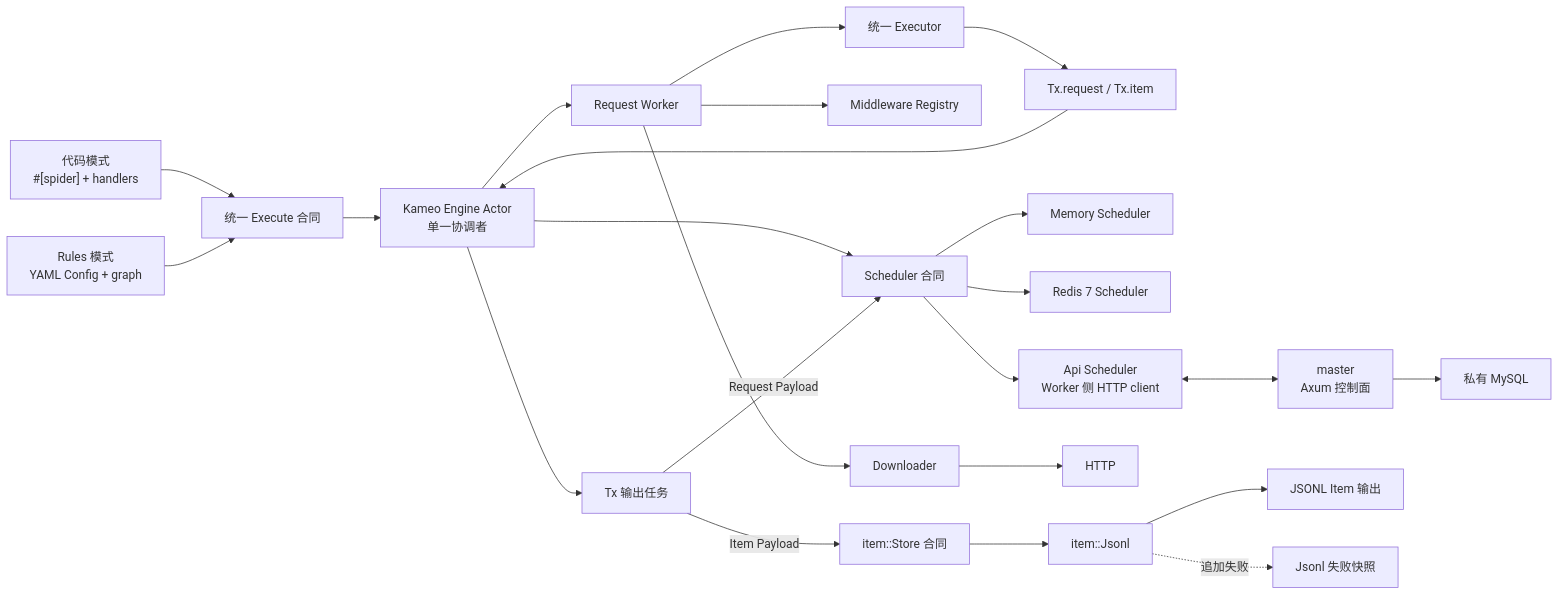
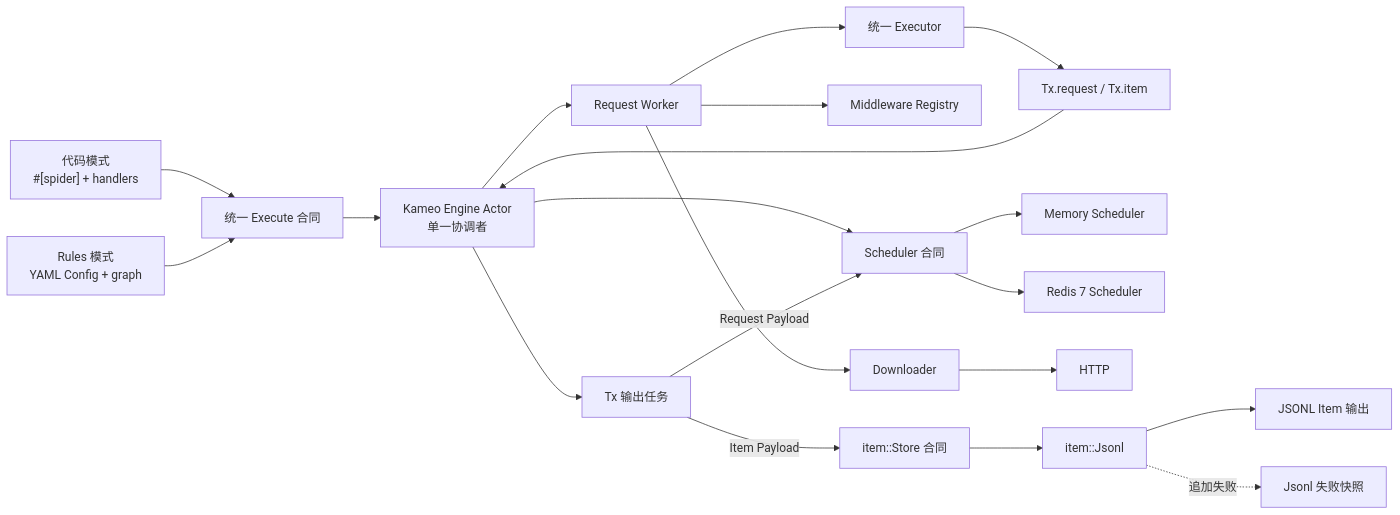
Before and after one commit to halo-space/crawler: the first of 5 diagrams in docs/architecture.zh-CN.md, drawn with Mermaid. The commit also changed other lines of this file and 105 other files, not shown here.

````diff
--- a/docs/architecture.zh-CN.md
+++ b/docs/architecture.zh-CN.md
@@ -58,47 +54,41 @@
 ```mermaid
 flowchart LR
     C["代码模式<br/>#[spider] + handlers"]
     R["Rules 模式<br/>YAML Config + graph"]
     X["统一 Execute 合同"]
     T["Tx.request / Tx.item"]
     A["Kameo Engine Actor<br/>单一协调者"]
     S["Scheduler 合同"]
     M["Memory Scheduler"]
     Z["Redis 7 Scheduler"]
-    AP["Api Scheduler<br/>Worker 侧 HTTP client"]
-    CP["master<br/>Axum 控制面"]
-    DB["私有 MySQL"]
     W["Request Worker"]
     MW["Middleware Registry"]
     D["Downloader"]
     H["HTTP"]
     E["统一 Executor"]
     O["Tx 输出任务"]
     IS["item::Store 合同"]
     J["item::Jsonl"]
     P["JSONL Item 输出"]
     F["Jsonl 失败快照"]
 
     C --> X
     R --> X
     X --> A
     A --> S
     S --> M
     S --> Z
-    S --> AP
-    AP <--> CP
-    CP --> DB
     A --> W
     W --> MW
     W --> D
     D --> H
     W --> E
     E --> T
     T --> A
     A --> O
     O -->|Request Payload| S
     O -->|Item Payload| IS
     IS --> J
     J --> P
     J -. 追加失败 .-> F
 ```
````
